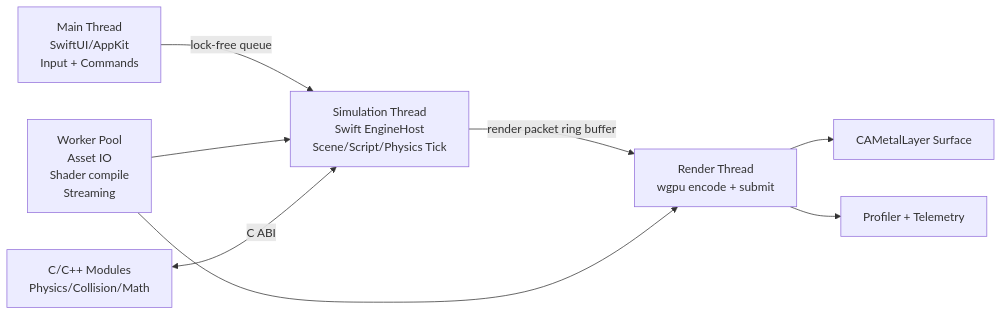
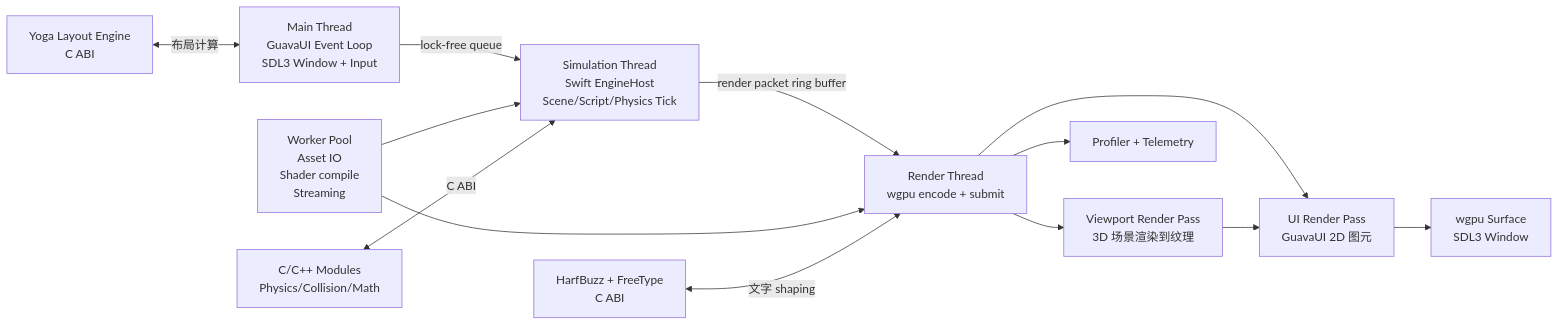
Before and after one commit to AlexCat315/Guava-Engine: the diagram in docs/engine-swift-wgpu-rewrite-blueprint.md, drawn with Mermaid. The commit also changed other lines of this file and 3 other files, not shown here.

````diff
--- a/docs/engine-swift-wgpu-rewrite-blueprint.md
+++ b/docs/engine-swift-wgpu-rewrite-blueprint.md
@@ -13,11 +28,16 @@
 ```mermaid
 flowchart LR
-    UI[Main Thread\nSwiftUI/AppKit\nInput + Commands] -->|lock-free queue| Sim[Simulation Thread\nSwift EngineHost\nScene/Script/Physics Tick]
+    UI[Main Thread\nGuavaUI Event Loop\nSDL3 Window + Input] -->|lock-free queue| Sim[Simulation Thread\nSwift EngineHost\nScene/Script/Physics Tick]
     Sim -->|render packet ring buffer| RT[Render Thread\nwgpu encode + submit]
-    RT --> Surf[CAMetalLayer Surface]
+    RT --> UIR[UI Render Pass\nGuavaUI 2D 图元]
+    RT --> VPR[Viewport Render Pass\n3D 场景渲染到纹理]
+    UIR --> Surf[wgpu Surface\nSDL3 Window]
+    VPR --> UIR
     Worker[Worker Pool\nAsset IO\nShader compile\nStreaming] --> Sim
     Worker --> RT
 
     CPP[C/C++ Modules\nPhysics/Collision/Math] <-->|C ABI| Sim
+    Yoga[Yoga Layout Engine\nC ABI] <-->|布局计算| UI
+    Text[HarfBuzz + FreeType\nC ABI] <-->|文字 shaping| RT
     RT --> Metrics[Profiler + Telemetry]
 ```
````
